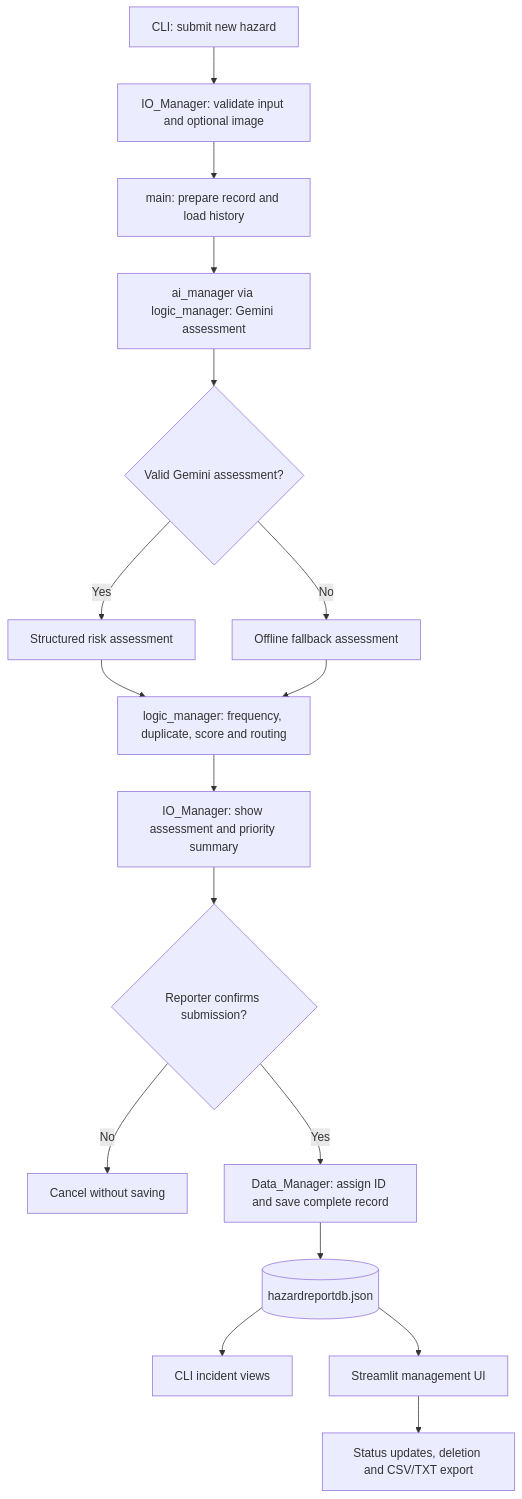
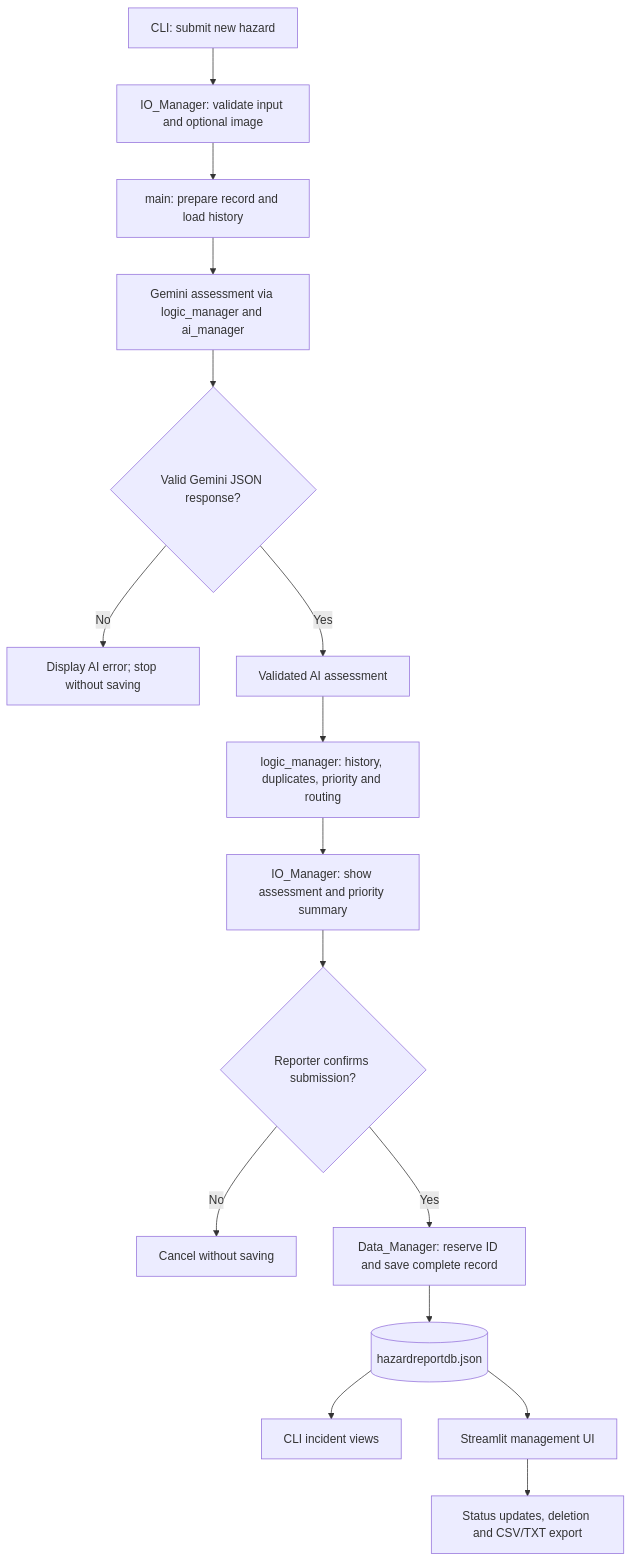
One commit to 2603229/INF1103_P3_T4 changed the diagram in README.md. Above: the diagram before and after it, drawn with Mermaid. The commit also changed other lines of this file, not shown here.

````diff
--- a/README.md
+++ b/README.md
@@ -88,19 +88,18 @@
 ```mermaid
 flowchart TD
     A[CLI: submit new hazard] --> B[IO_Manager: validate input and optional image]
     B --> C[main: prepare record and load history]
-    C --> D[ai_manager via logic_manager: Gemini assessment]
-    D --> E{Valid Gemini assessment?}
-    E -->|Yes| F[Structured risk assessment]
-    E -->|No| G[Offline fallback assessment]
-    F --> H[logic_manager: frequency, duplicate, score and routing]
-    G --> H
+    C --> D[Gemini assessment via logic_manager and ai_manager]
+    D --> E{Valid Gemini JSON response?}
+    E -->|No| X[Display AI error; stop without saving]
+    E -->|Yes| F[Validated AI assessment]
+    F --> H[logic_manager: history, duplicates, priority and routing]
     H --> P[IO_Manager: show assessment and priority summary]
     P --> Q{Reporter confirms submission?}
-    Q -->|No| X[Cancel without saving]
-    Q -->|Yes| I[Data_Manager: assign ID and save complete record]
+    Q -->|No| Y[Cancel without saving]
+    Q -->|Yes| I[Data_Manager: reserve ID and save complete record]
     I --> J[(hazardreportdb.json)]
     J --> K[CLI incident views]
     J --> L[Streamlit management UI]
     L --> M[Status updates, deletion and CSV/TXT export]
 ```
````
